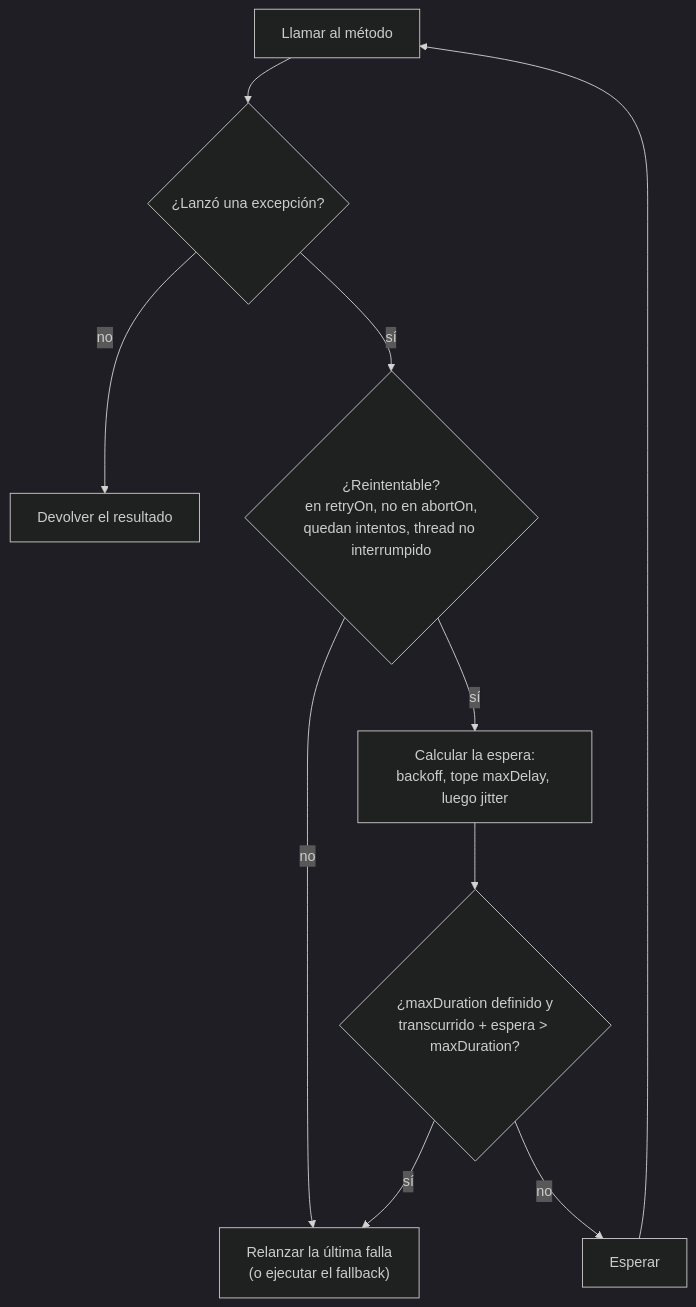
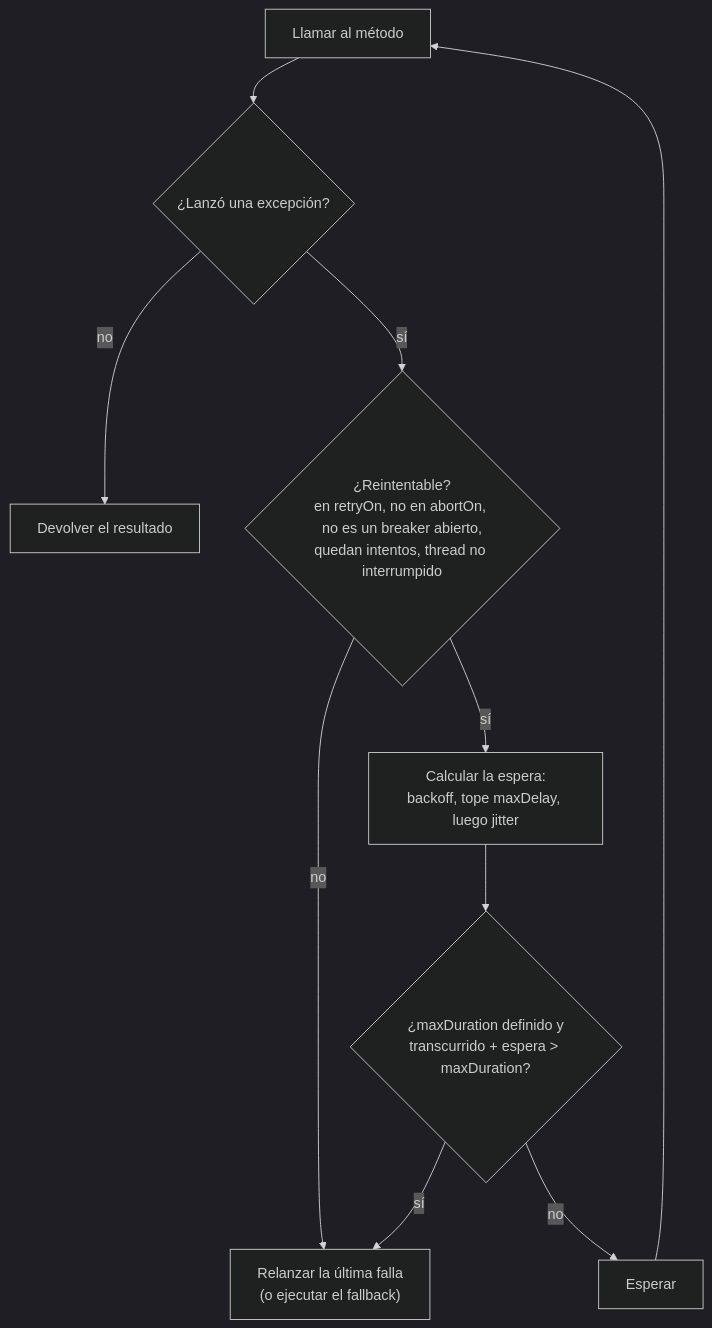
The diagram in docs/es/policies/retry.md (fabiangftech/resilience4cata), drawn with Mermaid (dark theme) before and after one commit. The commit also changed other lines of this file and 52 other files, not shown here.

````diff
--- a/docs/es/policies/retry.md
+++ b/docs/es/policies/retry.md
@@ -78,11 +78,11 @@
 ```mermaid
 flowchart TD
     attempt["Llamar al método"] --> threw{"¿Lanzó una excepción?"}
     threw -- no --> done["Devolver el resultado"]
-    threw -- sí --> retryable{"¿Reintentable?<br/>en retryOn, no en abortOn,<br/>quedan intentos, thread no interrumpido"}
+    threw -- sí --> retryable{"¿Reintentable?<br/>en retryOn, no en abortOn, no es un breaker abierto,<br/>quedan intentos, thread no interrumpido"}
     retryable -- no --> fail["Relanzar la última falla<br/>(o ejecutar el fallback)"]
     retryable -- sí --> delay["Calcular la espera:<br/>backoff, tope maxDelay, luego jitter"]
     delay --> budget{"¿maxDuration definido y<br/>transcurrido + espera > maxDuration?"}
     budget -- sí --> fail
     budget -- no --> sleep["Esperar"] --> attempt
 ```
````
